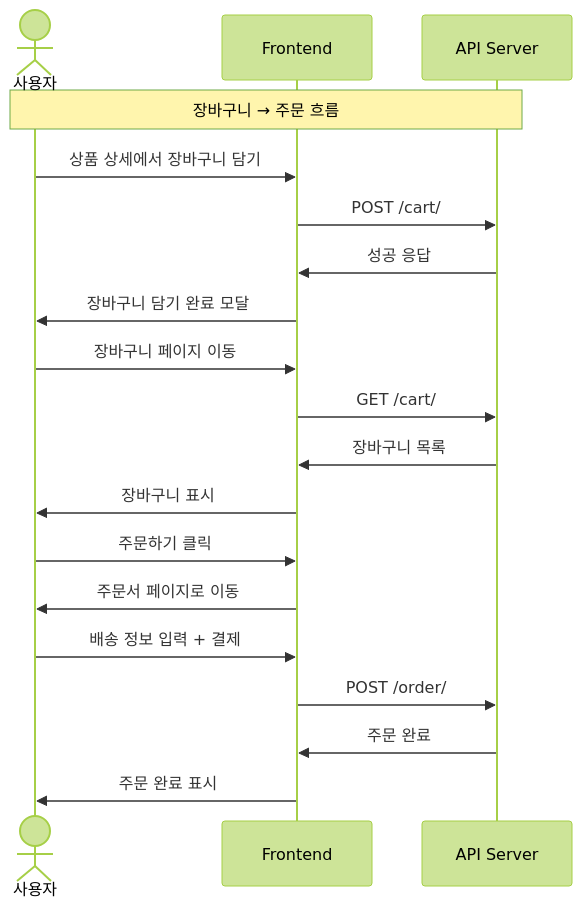
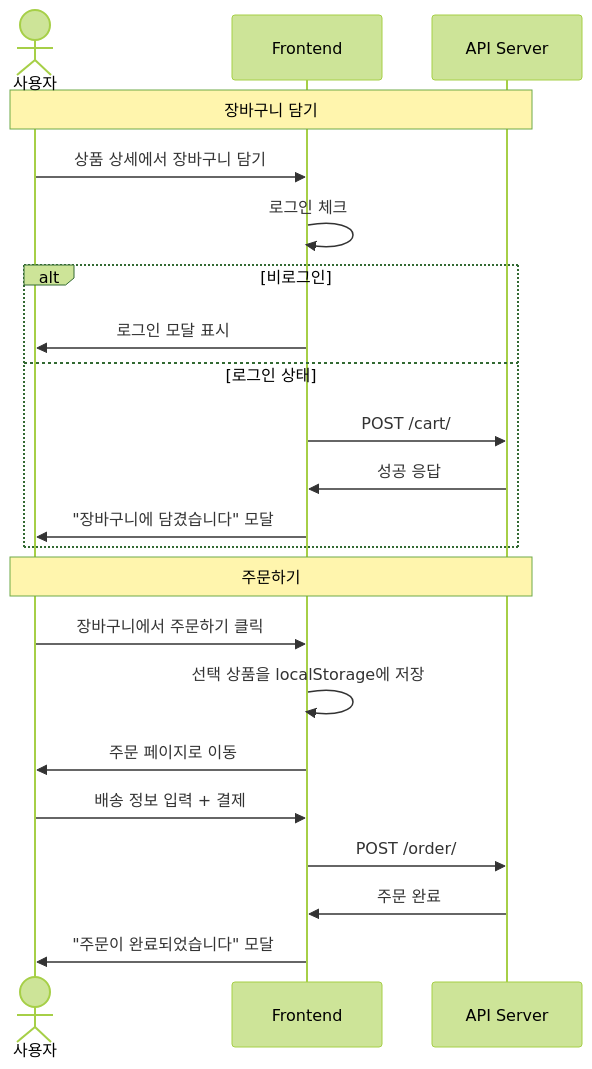
One commit to Open-Learn-Team/open-market changed the third of 11 diagrams in README.md. Above: the diagram before and after it, drawn with Mermaid (forest theme). The commit also changed other lines of this file and 19 other files, not shown here.

````diff
--- a/README.md
+++ b/README.md
@@ -203,24 +198,26 @@
 ```mermaid
 sequenceDiagram
     actor U as 사용자
     participant F as Frontend
     participant A as API Server
-    
-    Note over U,A: 장바구니 → 주문 흐름
+
+    Note over U,A: 장바구니 담기
     U->>F: 상품 상세에서 장바구니 담기
-    F->>A: POST /cart/
-    A->>F: 성공 응답
-    F->>U: 장바구니 담기 완료 모달
-    
-    U->>F: 장바구니 페이지 이동
-    F->>A: GET /cart/
-    A->>F: 장바구니 목록
-    F->>U: 장바구니 표시
-    
-    U->>F: 주문하기 클릭
-    F->>U: 주문서 페이지로 이동
+    F->>F: 로그인 체크
+    alt 비로그인
+        F->>U: 로그인 모달 표시
+    else 로그인 상태
+        F->>A: POST /cart/
+        A->>F: 성공 응답
+        F->>U: "장바구니에 담겼습니다" 모달
+    end
+
+    Note over U,A: 주문하기
+    U->>F: 장바구니에서 주문하기 클릭
+    F->>F: 선택 상품을 localStorage에 저장
+    F->>U: 주문 페이지로 이동
     U->>F: 배송 정보 입력 + 결제
     F->>A: POST /order/
     A->>F: 주문 완료
-    F->>U: 주문 완료 표시
+    F->>U: "주문이 완료되었습니다" 모달
 ```
````
